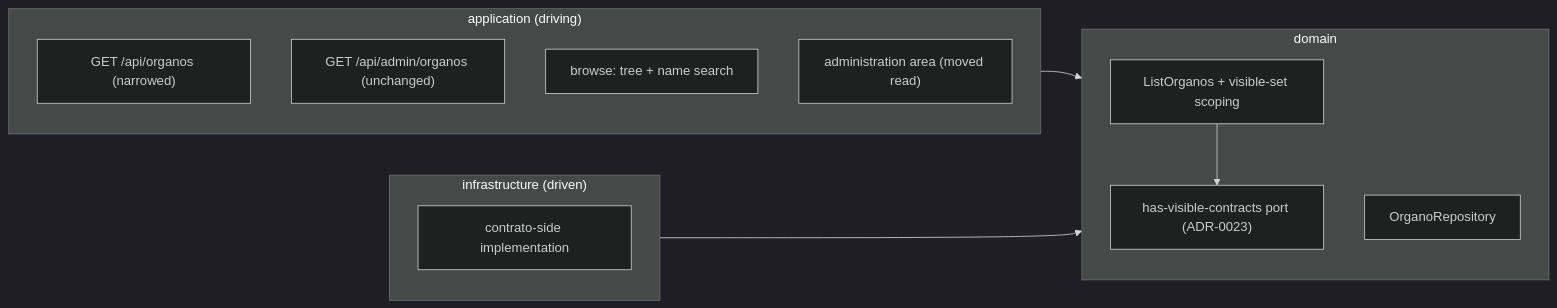
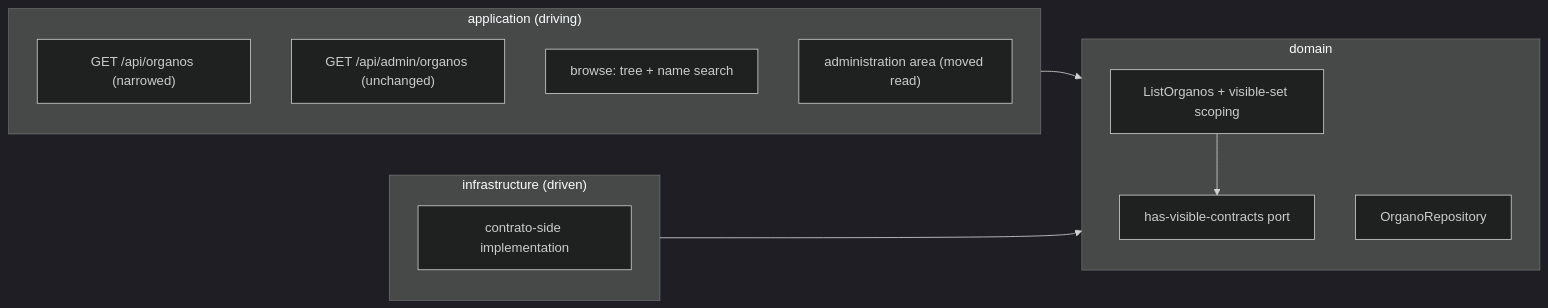
One commit to earelin/conxugal changed the diagram in docs/features/FEAT-0012-organos-visible-set-and-browse/README.md. Above: the diagram before and after it, drawn with Mermaid (dark theme). The commit also changed other lines of this file and 2 other files, not shown here.

````diff
--- a/docs/features/FEAT-0012-organos-visible-set-and-browse/README.md
+++ b/docs/features/FEAT-0012-organos-visible-set-and-browse/README.md
@@ -100,20 +91,20 @@
 ```mermaid
 flowchart LR
     subgraph application["application (driving)"]
         organosApi["GET /api/organos (narrowed)"]
         adminApi["GET /api/admin/organos (unchanged)"]
         browseUi["browse: tree + name search"]
         adminUi["administration area (moved read)"]
     end
     subgraph domain["domain"]
         listUc["ListOrganos + visible-set scoping"]
-        visiblePort["has-visible-contracts port (ADR-0023)"]
+        visiblePort["has-visible-contracts port"]
         organoRepo["OrganoRepository"]
     end
     subgraph infrastructure["infrastructure (driven)"]
         contratoAdapter["contrato-side implementation"]
     end
     application --> domain
     infrastructure --> domain
     listUc --> visiblePort
 ```
````
